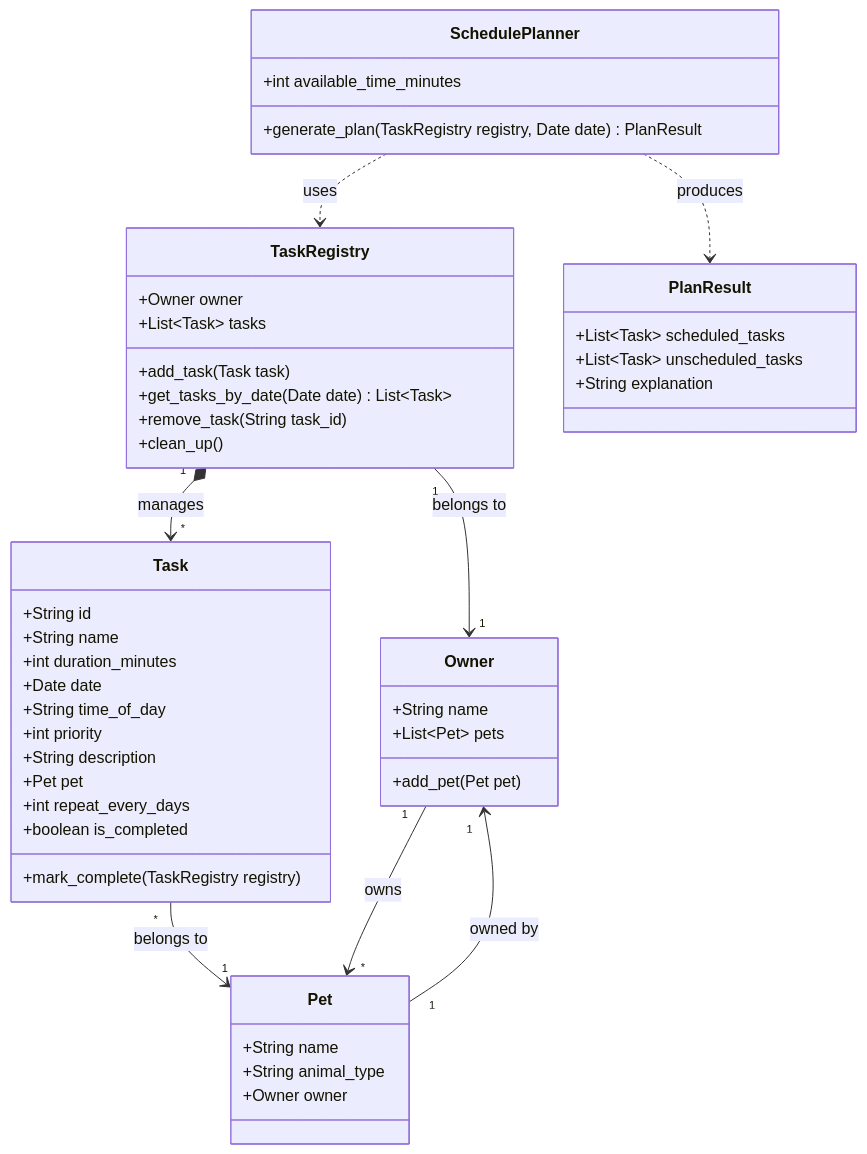
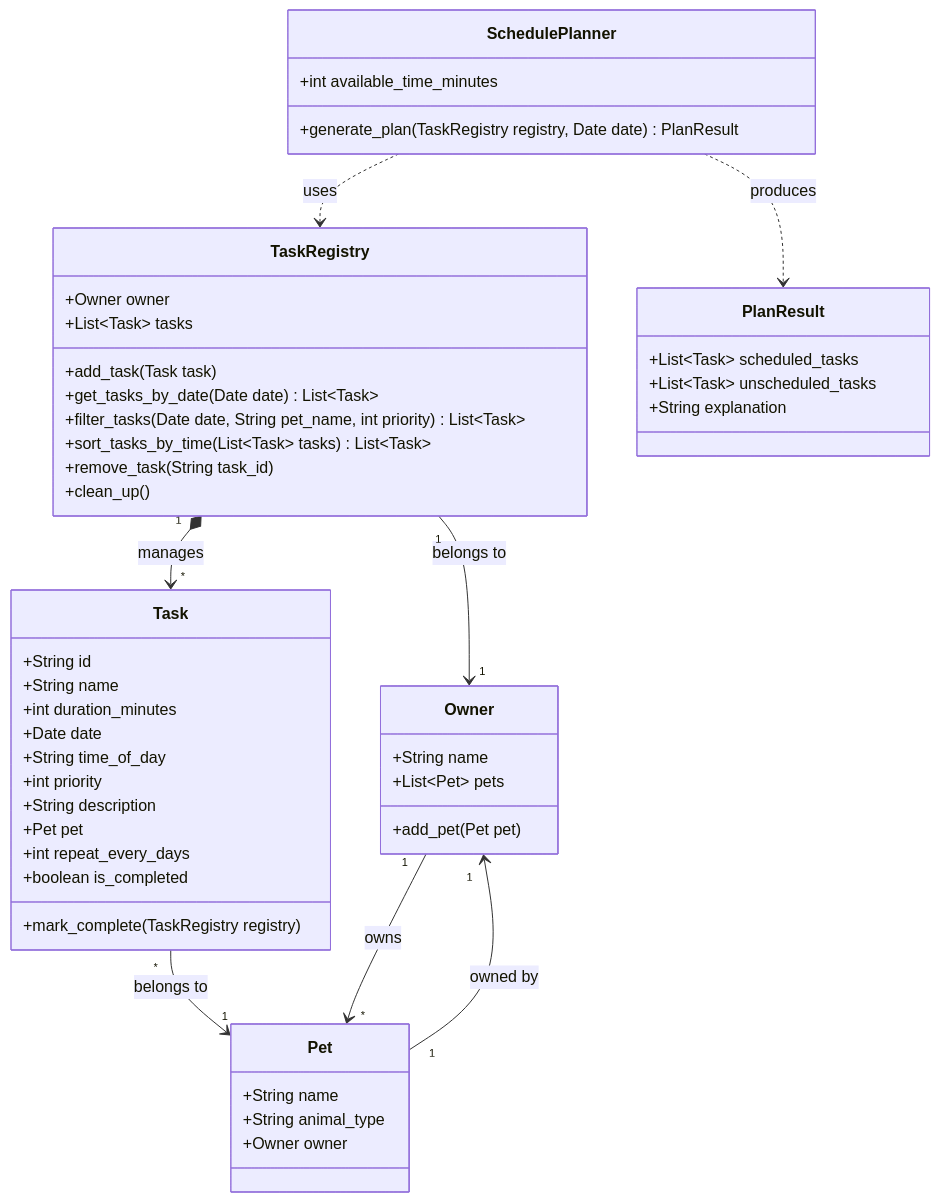
The diagram in UML.md (Einksul/ai110-module2show-pawpal-starter), drawn with Mermaid before and after one commit. The commit also changed 3 other files, not shown here.

````diff
--- a/UML.md
+++ b/UML.md
@@ -3,57 +3,59 @@
 ```mermaid
 classDiagram
     class Owner {
         +String name
         +List~Pet~ pets
         +add_pet(Pet pet)
     }
 
     class Pet {
         +String name
         +String animal_type
         +Owner owner
     }
 
     class TaskRegistry {
         +Owner owner
         +List~Task~ tasks
         +add_task(Task task)
         +get_tasks_by_date(Date date) List~Task~
+        +filter_tasks(Date date, String pet_name, int priority) List~Task~
+        +sort_tasks_by_time(List~Task~ tasks) List~Task~
         +remove_task(String task_id)
         +clean_up()
     }
 
     class Task {
         +String id
         +String name
         +int duration_minutes
         +Date date
         +String time_of_day
         +int priority
         +String description
         +Pet pet
         +int repeat_every_days
         +boolean is_completed
         +mark_complete(TaskRegistry registry)
     }
 
     %% Suggested Additions for Scheduling Logic
     class SchedulePlanner {
         +int available_time_minutes
         +generate_plan(TaskRegistry registry, Date date) PlanResult
     }
 
     class PlanResult {
         +List~Task~ scheduled_tasks
         +List~Task~ unscheduled_tasks
         +String explanation
     }
 
     Owner "1" --> "*" Pet : owns
     Pet "1" --> "1" Owner : owned by
     TaskRegistry "1" *--> "*" Task : manages
     TaskRegistry "1" --> "1" Owner : belongs to
     Task "*" --> "1" Pet : belongs to
     SchedulePlanner ..> TaskRegistry : uses
     SchedulePlanner ..> PlanResult : produces
 ```
````
